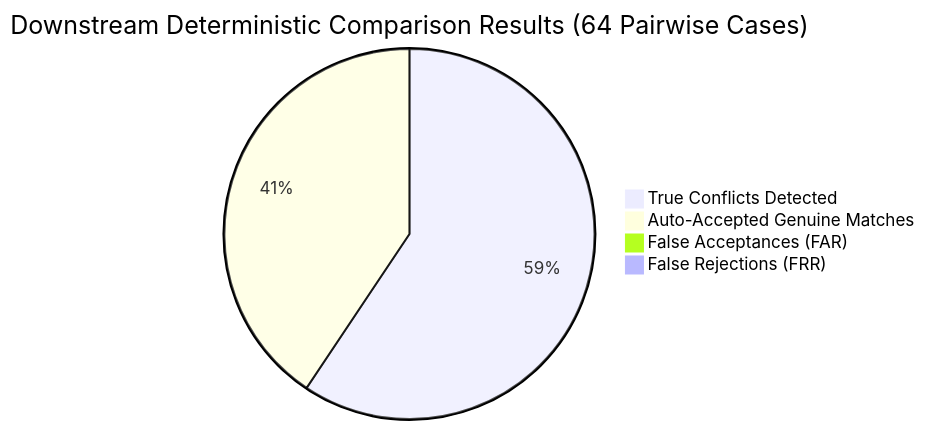
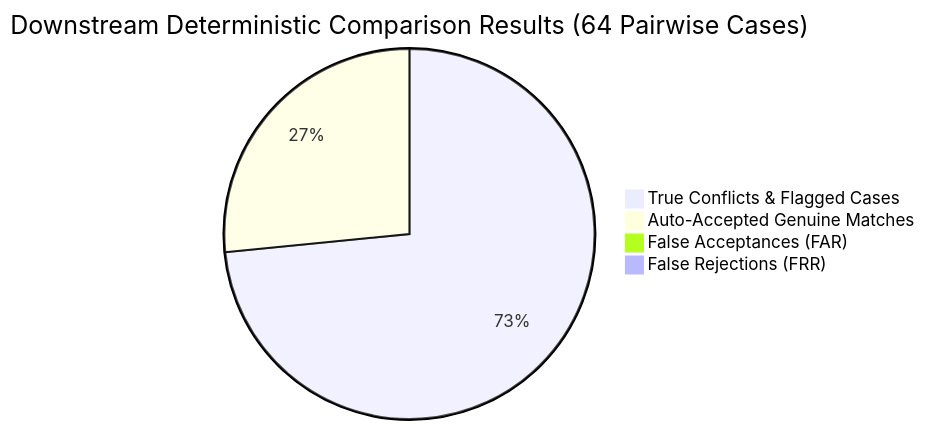
One commit to Ajay-4772/convelina changed the second of 2 diagrams in docs/P3H13_BENCHMARK_RESULTS.md. Above: the diagram before and after it, drawn with Mermaid. The commit also changed other lines of this file and 11 other files, not shown here.

````diff
--- a/docs/P3H13_BENCHMARK_RESULTS.md
+++ b/docs/P3H13_BENCHMARK_RESULTS.md
@@ -82,7 +83,7 @@
 ```mermaid
 pie title Downstream Deterministic Comparison Results (64 Pairwise Cases)
-    "True Conflicts Detected" : 38
-    "Auto-Accepted Genuine Matches" : 26
+    "True Conflicts & Flagged Cases" : 47
+    "Auto-Accepted Genuine Matches" : 17
     "False Acceptances (FAR)" : 0
     "False Rejections (FRR)" : 0
 ```
````
